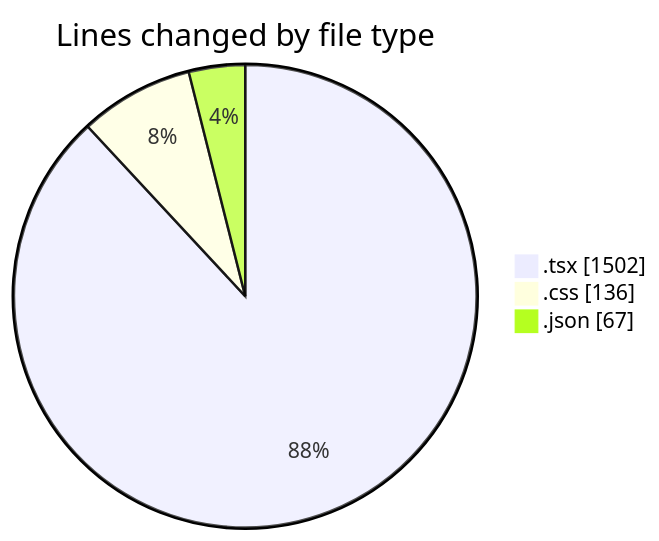
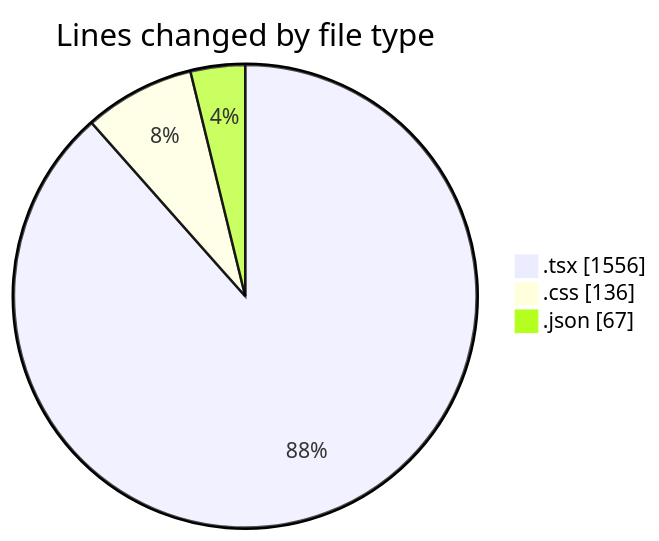
The first of 2 diagrams in 2025-01-08/mbc-web/README.md (robertbonfada/code-tracking), drawn with Mermaid before and after one commit. The commit also changed other lines of this file and 1 other file, not shown here.

````diff
--- a/2025-01-08/mbc-web/README.md
+++ b/2025-01-08/mbc-web/README.md
@@ -34,7 +34,7 @@
 ```mermaid
 pie showData
 title Lines changed by file type
-".tsx" : 1502
+".tsx" : 1556
 ".css" : 136
 ".json" : 67
 ```
````
